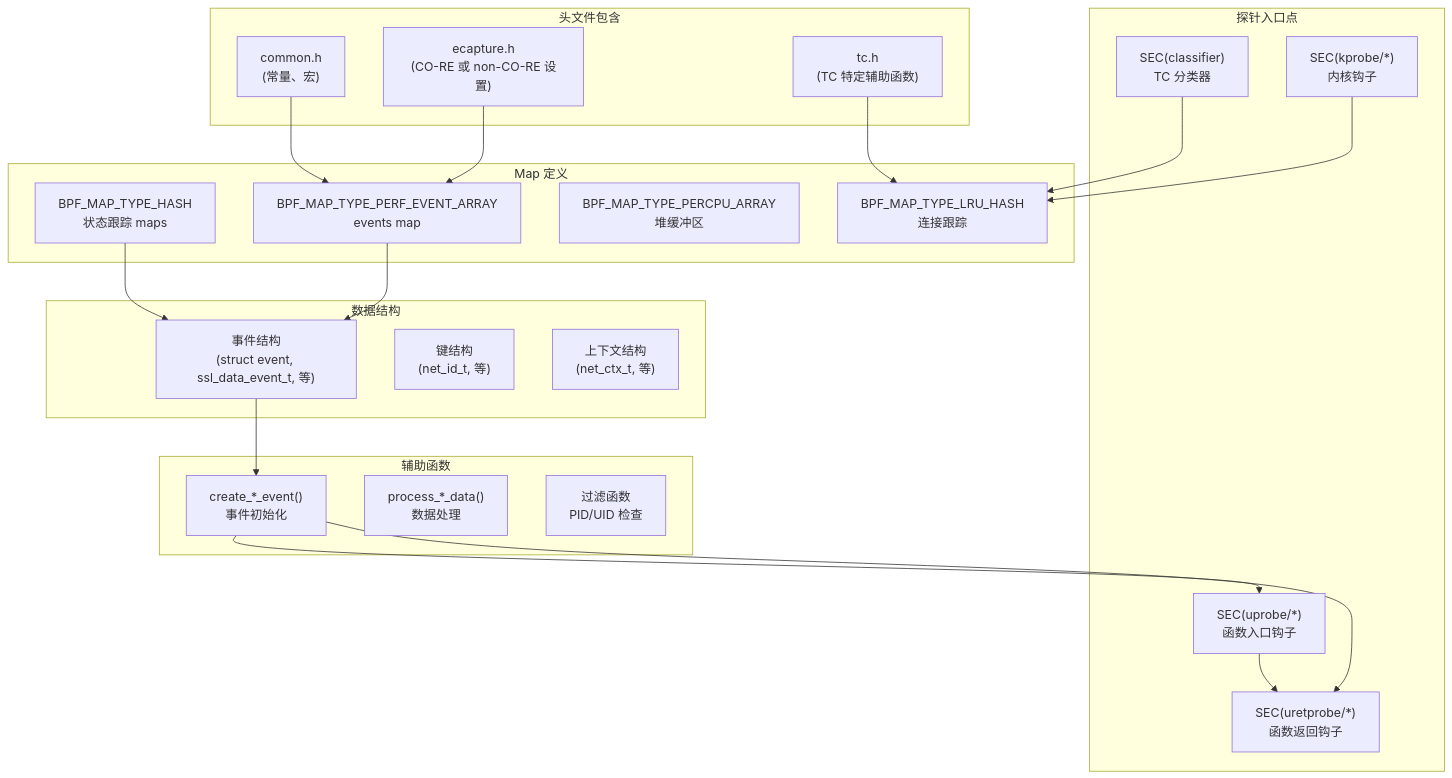
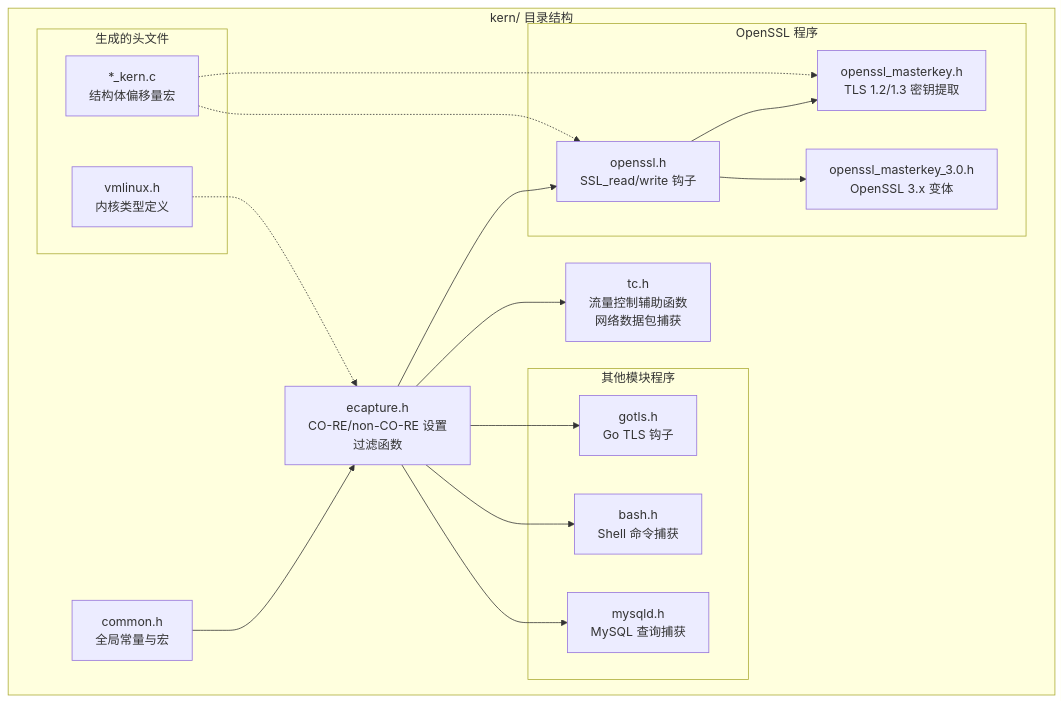
The first of 7 diagrams in src/zh/5-development-guide/5.2.1-ebpf-program-structure.md (gojue/ecapture.cc), drawn with Mermaid before and after one commit. The commit also changed other lines of this file and 115 other files, not shown here.

````diff
--- a/src/zh/5-development-guide/5.2.1-ebpf-program-structure.md
+++ b/src/zh/5-development-guide/5.2.1-ebpf-program-structure.md
@@ -11,46 +13,39 @@
 ```mermaid
 graph TB
-    subgraph "头文件包含"
-        H1["ecapture.h<br/>(CO-RE 或 non-CO-RE 设置)"]
-        H2["common.h<br/>(常量、宏)"]
-        H3["tc.h<br/>(TC 特定辅助函数)"]
+    subgraph "kern/ 目录结构"
+        COMMON["common.h<br/>全局常量与宏"]
+        ECAPTURE["ecapture.h<br/>CO-RE/non-CO-RE 设置<br/>过滤函数"]
+        TC["tc.h<br/>流量控制辅助函数<br/>网络数据包捕获"]
+        
+        subgraph "OpenSSL 程序"
+            OPENSSL["openssl.h<br/>SSL_read/write 钩子"]
+            MASTERKEY["openssl_masterkey.h<br/>TLS 1.2/1.3 密钥提取"]
+            MASTERKEY3["openssl_masterkey_3.0.h<br/>OpenSSL 3.x 变体"]
+        end
+        
+        subgraph "其他模块程序"
+            GOTLS["gotls.h<br/>Go TLS 钩子"]
+            BASH["bash.h<br/>Shell 命令捕获"]
+            MYSQL["mysqld.h<br/>MySQL 查询捕获"]
+        end
+        
+        subgraph "生成的头文件"
+            VMLINUX["vmlinux.h<br/>内核类型定义"]
+            OFFSETS["*_kern.c<br/>结构体偏移量宏"]
+        end
     end
     
-    subgraph "Map 定义"
-        M1["BPF_MAP_TYPE_PERF_EVENT_ARRAY<br/>events map"]
-        M2["BPF_MAP_TYPE_HASH<br/>状态跟踪 maps"]
-        M3["BPF_MAP_TYPE_PERCPU_ARRAY<br/>堆缓冲区"]
-        M4["BPF_MAP_TYPE_LRU_HASH<br/>连接跟踪"]
-    end
+    COMMON --> ECAPTURE
+    ECAPTURE --> OPENSSL
+    ECAPTURE --> TC
+    ECAPTURE --> GOTLS
+    ECAPTURE --> BASH
+    ECAPTURE --> MYSQL
     
-    subgraph "数据结构"
-        D1["事件结构<br/>(struct event, ssl_data_event_t, 等)"]
-        D2["键结构<br/>(net_id_t, 等)"]
-        D3["上下文结构<br/>(net_ctx_t, 等)"]
-    end
+    OPENSSL --> MASTERKEY
+    OPENSSL --> MASTERKEY3
     
-    subgraph "辅助函数"
-        F1["create_*_event()<br/>事件初始化"]
-        F2["process_*_data()<br/>数据处理"]
-        F3["过滤函数<br/>PID/UID 检查"]
-    end
-    
-    subgraph "探针入口点"
-        P1["SEC(uprobe/*)<br/>函数入口钩子"]
-        P2["SEC(uretprobe/*)<br/>函数返回钩子"]
-        P3["SEC(kprobe/*)<br/>内核钩子"]
-        P4["SEC(classifier)<br/>TC 分类器"]
-    end
-    
-    H1 --> M1
-    H2 --> M1
-    H3 --> M4
-    M1 --> D1
-    M2 --> D1
-    D1 --> F1
-    F1 --> P1
-    F1 --> P2
-    P1 --> P2
-    P3 --> M4
-    P4 --> M4
+    VMLINUX -.-> ECAPTURE
+    OFFSETS -.-> OPENSSL
+    OFFSETS -.-> MASTERKEY
 ```
````
